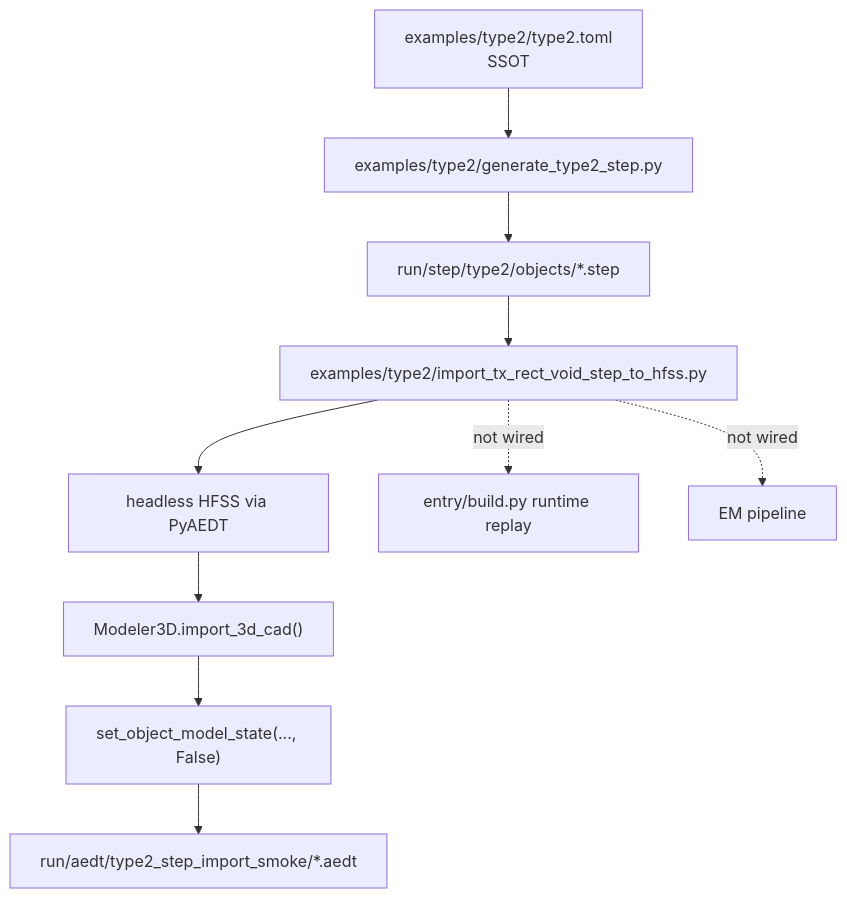
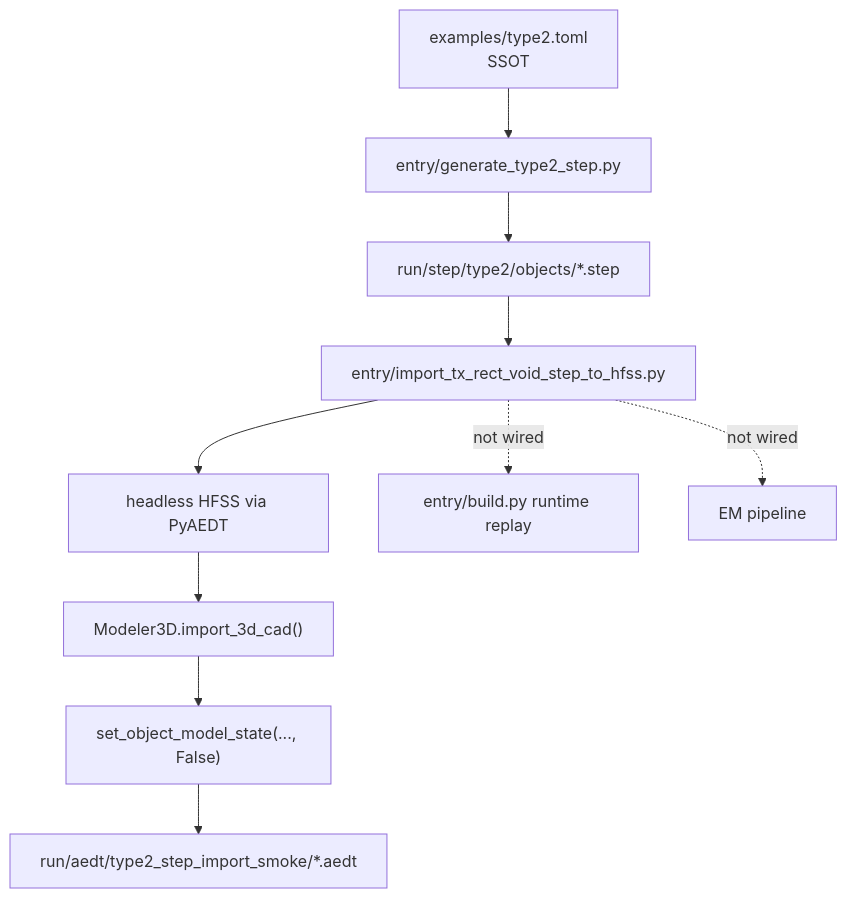
Before and after one commit to Glaysia/peetsfea: the second of 2 diagrams in sdd/diagrams/sample-build-flow.md, drawn with Mermaid. The commit also changed other lines of this file and 47 other files, not shown here.

First line of the commit message:
feat: add type2 STEP import ledger pipeline

````diff
--- a/sdd/diagrams/sample-build-flow.md
+++ b/sdd/diagrams/sample-build-flow.md
@@ -34,23 +34,23 @@
 ```mermaid
 flowchart TD
-    Type2Toml["examples/type2/type2.toml\nSSOT"]
-    StepExport["examples/type2/generate_type2_step.py"]
+    Type2Toml["examples/type2.toml\nSSOT"]
+    StepExport["entry/generate_type2_step.py"]
     StepArtifact["run/step/type2/objects/*.step"]
-    SmokeImport["examples/type2/import_tx_rect_void_step_to_hfss.py"]
+    SmokeImport["entry/import_tx_rect_void_step_to_hfss.py"]
     HeadlessHfss["headless HFSS via PyAEDT"]
     ImportCad["Modeler3D.import_3d_cad()"]
     NonModelState["set_object_model_state(..., False)"]
     SmokeAedt["run/aedt/type2_step_import_smoke/*.aedt"]
     RuntimeBuild["entry/build.py runtime replay"]
     EmRuntime["EM pipeline"]
 
     Type2Toml --> StepExport
     StepExport --> StepArtifact
     StepArtifact --> SmokeImport
     SmokeImport --> HeadlessHfss
     HeadlessHfss --> ImportCad
     ImportCad --> NonModelState
     NonModelState --> SmokeAedt
     SmokeImport -. not wired .-> RuntimeBuild
     SmokeImport -. not wired .-> EmRuntime
 ```
````
